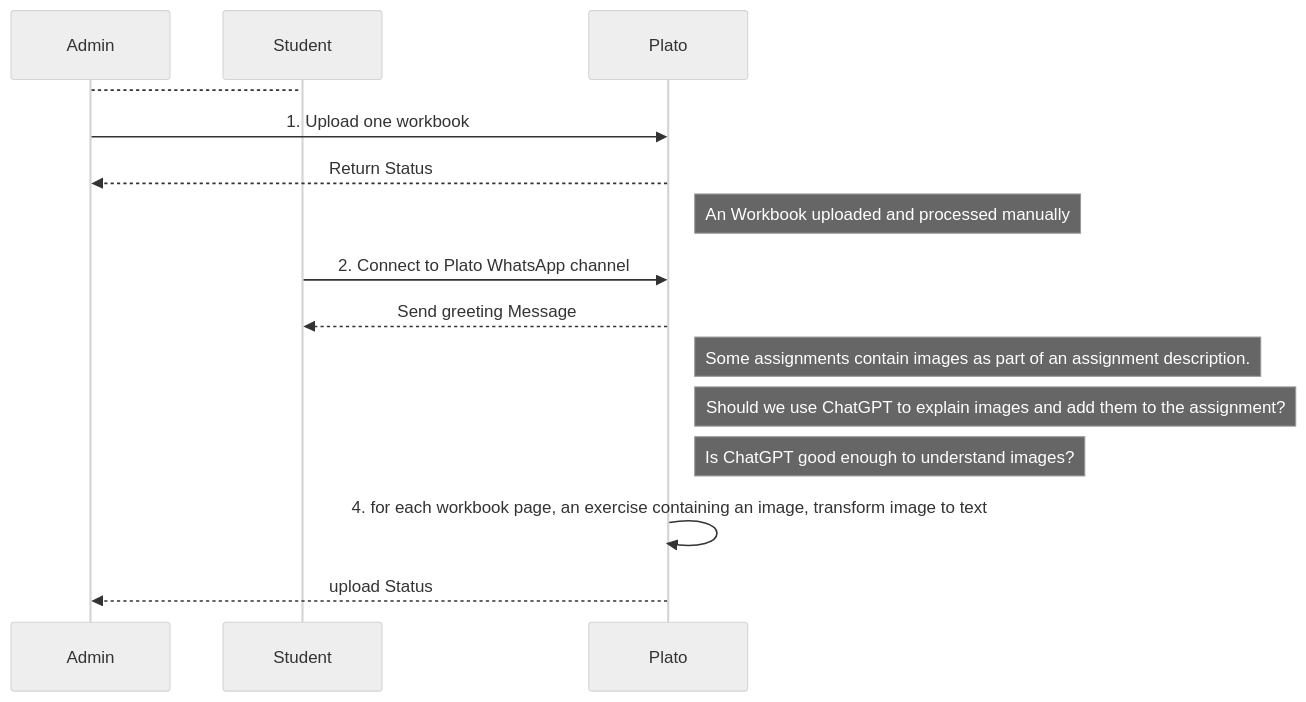
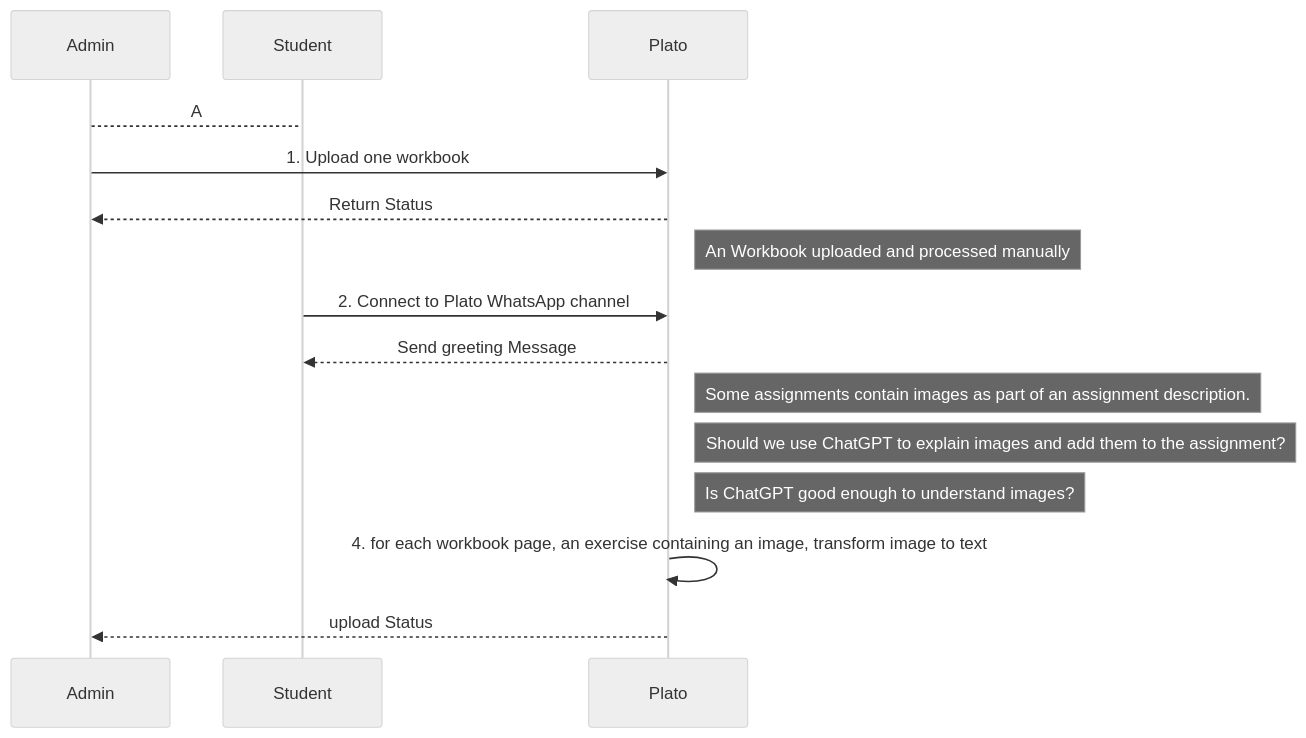
One commit to dimastatz/plato changed the third of 3 diagrams in docs/design.md. Above: the diagram before and after it, drawn with Mermaid (neutral theme).

````diff
--- a/docs/design.md
+++ b/docs/design.md
@@ -95,17 +95,17 @@
 ```mermaid
 sequenceDiagram
-Admin-->Student:
+Admin-->Student: A
 
 Admin->>Plato: 1. Upload one workbook
 Plato-->>Admin: Return Status
 Note right of Plato: An Workbook uploaded and processed manually
 
 Student->>Plato: 2. Connect to Plato WhatsApp channel
 Plato-->>Student: Send greeting Message 
 Note right of Plato: Some assignments contain images as part of an assignment description.
 Note right of Plato: Should we use ChatGPT to explain images and add them to the assignment?
 Note right of Plato: Is ChatGPT good enough to understand images?
 
 Plato->>Plato: 4. for each workbook page, an exercise containing an image, transform image to text 
 Plato-->>Admin: upload Status
 ```
````
